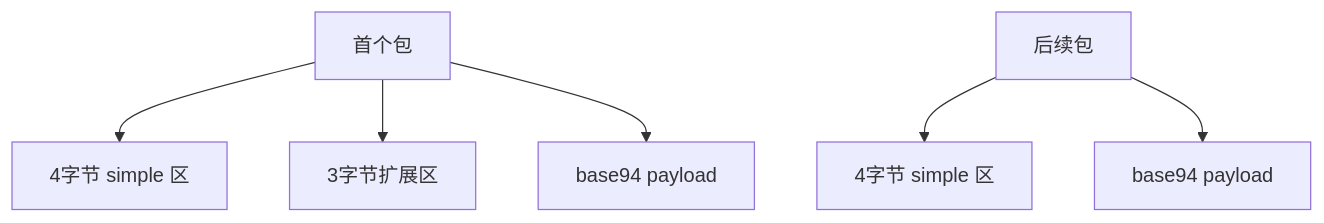
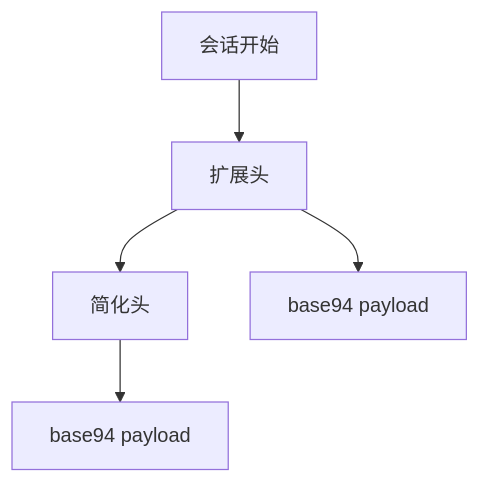
One commit to HyacinthHaru/openppp2 changed the first of 3 diagrams in docs/PACKET_FORMATS_CN.md. Above: the diagram before and after it, drawn with Mermaid. The commit also changed other lines of this file and 45 other files, not shown here.

````diff
--- a/docs/PACKET_FORMATS_CN.md
+++ b/docs/PACKET_FORMATS_CN.md
@@ -54,8 +47,7 @@
 ```mermaid
 flowchart TD
-    A[首个包] --> B[4字节 simple 区]
-    A --> C[3字节扩展区]
-    A --> D[base94 payload]
-    E[后续包] --> F[4字节 simple 区]
-    E --> G[base94 payload]
+    A[会话开始] --> B[扩展头]
+    B --> C[简化头]
+    B --> D[base94 payload]
+    C --> E[base94 payload]
 ```
````
